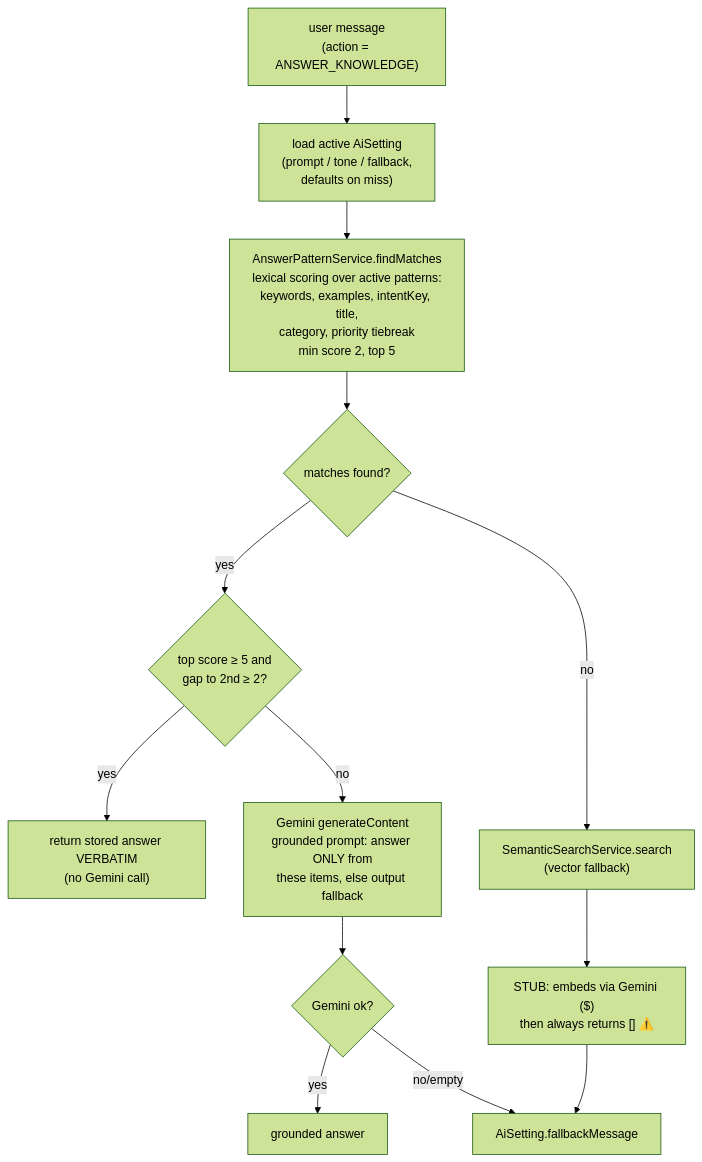
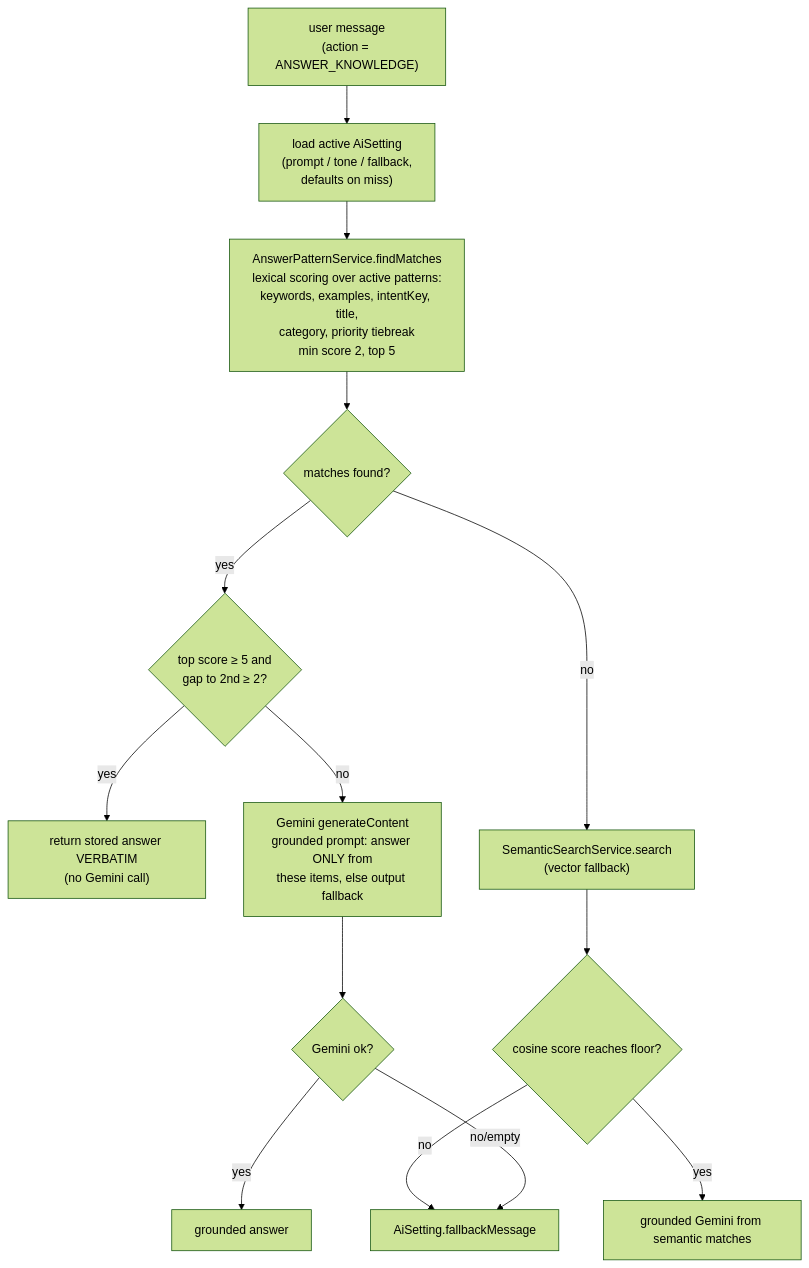
The fourth of 7 diagrams in docs/service-flow.md (Codeine999/chatbot-agents), drawn with Mermaid (forest theme) before and after one commit. The commit also changed other lines of this file and 15 other files, not shown here.

````diff
--- a/docs/service-flow.md
+++ b/docs/service-flow.md
@@ -131,15 +131,16 @@
 ```mermaid
 flowchart TD
     Q["user message<br/>(action = ANSWER_KNOWLEDGE)"] --> SET["load active AiSetting<br/>(prompt / tone / fallback,<br/>defaults on miss)"]
     SET --> APS["AnswerPatternService.findMatches<br/>lexical scoring over active patterns:<br/>keywords, examples, intentKey, title,<br/>category, priority tiebreak<br/>min score 2, top 5"]
     APS --> HAS{"matches found?"}
     HAS -- yes --> STRONG{"top score ≥ 5 and<br/>gap to 2nd ≥ 2?"}
     STRONG -- yes --> DIRECT["return stored answer VERBATIM<br/>(no Gemini call)"]
     STRONG -- no --> GROUND["Gemini generateContent<br/>grounded prompt: answer ONLY from<br/>these items, else output fallback"]
     HAS -- no --> VEC["SemanticSearchService.search<br/>(vector fallback)"]
-    VEC --> EMPTY["STUB: embeds via Gemini ($)<br/>then always returns [] ⚠️"]
-    EMPTY --> FB["AiSetting.fallbackMessage"]
+    VEC --> HIT{"cosine score reaches floor?"}
+    HIT -- yes --> GROUND2["grounded Gemini from semantic matches"]
+    HIT -- no --> FB["AiSetting.fallbackMessage"]
     GROUND --> OK{"Gemini ok?"}
     OK -- yes --> ANS["grounded answer"]
     OK -- no/empty --> FB
 ```
````
